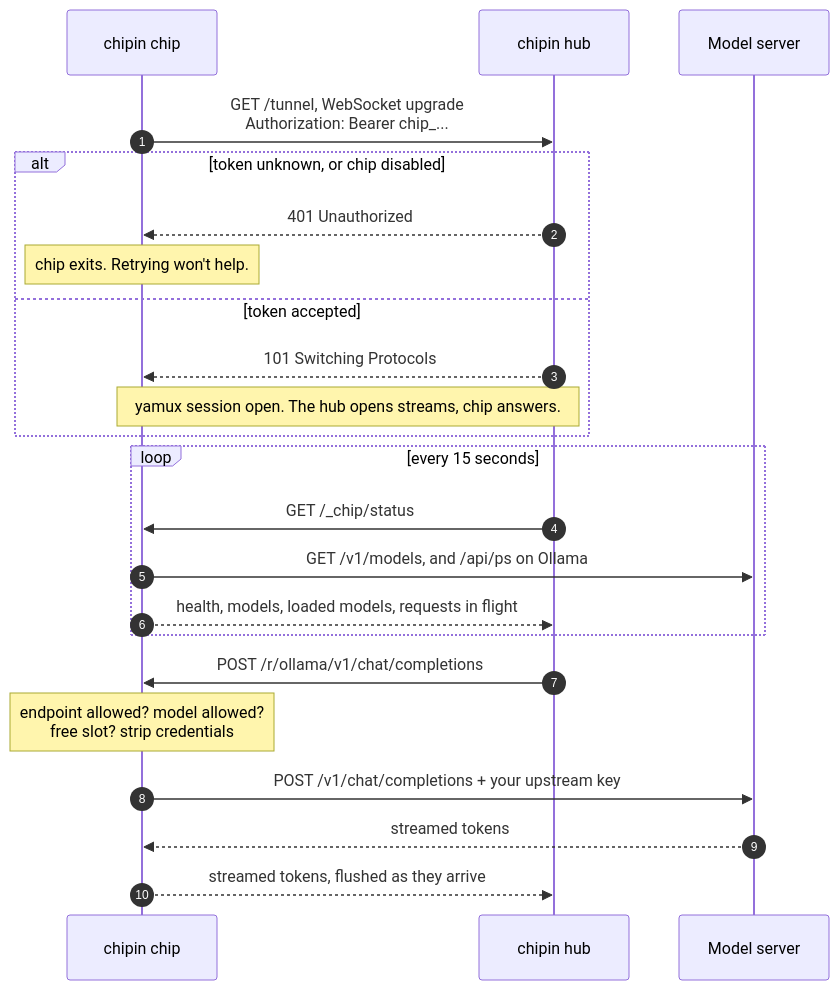
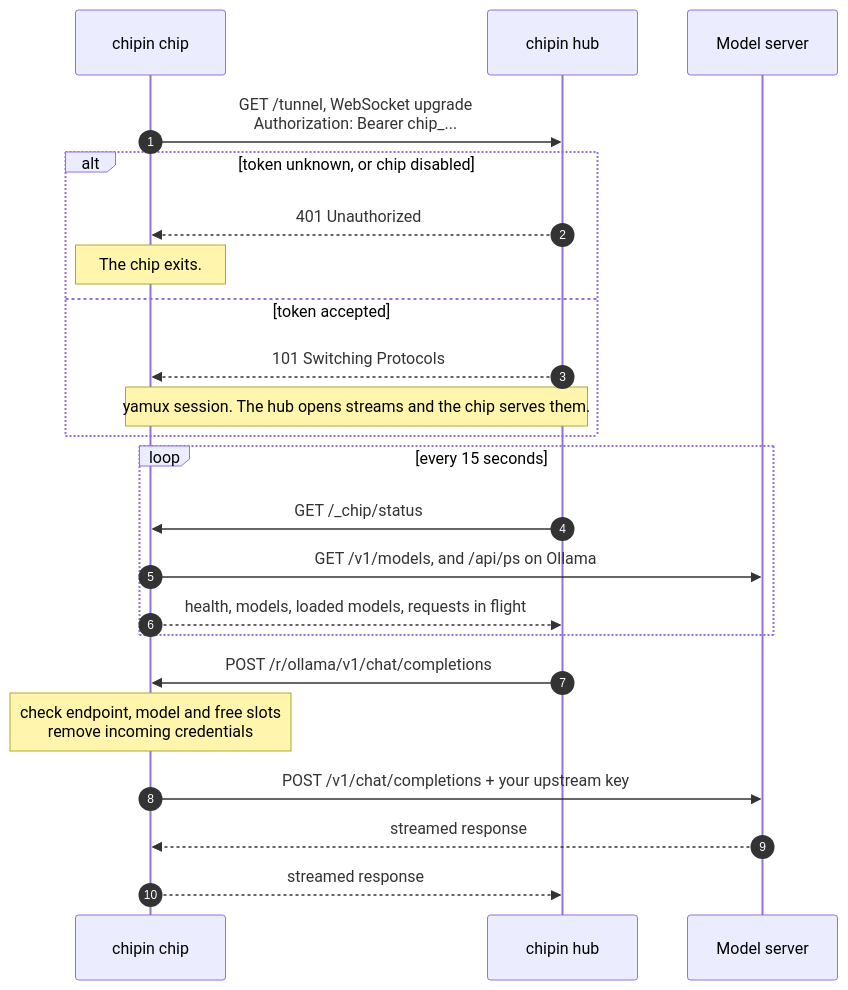
Before and after one commit to TurboJeff/chip: the second of 2 diagrams in README.md, drawn with Mermaid. The commit also changed other lines of this file, not shown here.

````diff
--- a/README.md
+++ b/README.md
@@ -68,28 +49,28 @@
 ```mermaid
 sequenceDiagram
     autonumber
     participant C as chipin chip
     participant H as chipin hub
     participant M as Model server
 
     C->>H: GET /tunnel, WebSocket upgrade<br/>Authorization: Bearer chip_...
     alt token unknown, or chip disabled
         H-->>C: 401 Unauthorized
-        Note over C: chip exits. Retrying won't help.
+        Note over C: The chip exits.
     else token accepted
         H-->>C: 101 Switching Protocols
-        Note over C,H: yamux session open. The hub opens streams, chip answers.
+        Note over C,H: yamux session. The hub opens streams and the chip serves them.
     end
 
     loop every 15 seconds
         H->>C: GET /_chip/status
         C->>M: GET /v1/models, and /api/ps on Ollama
         C-->>H: health, models, loaded models, requests in flight
     end
 
     H->>C: POST /r/ollama/v1/chat/completions
-    Note over C: endpoint allowed? model allowed?<br/>free slot? strip credentials
+    Note over C: check endpoint, model and free slots<br/>remove incoming credentials
     C->>M: POST /v1/chat/completions + your upstream key
-    M-->>C: streamed tokens
-    C-->>H: streamed tokens, flushed as they arrive
+    M-->>C: streamed response
+    C-->>H: streamed response
 ```
````
